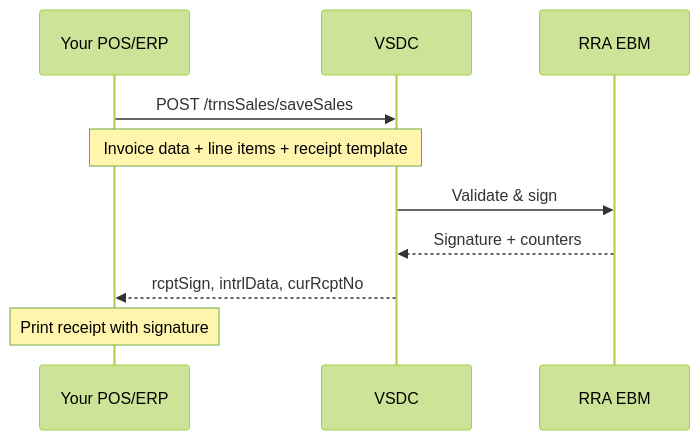
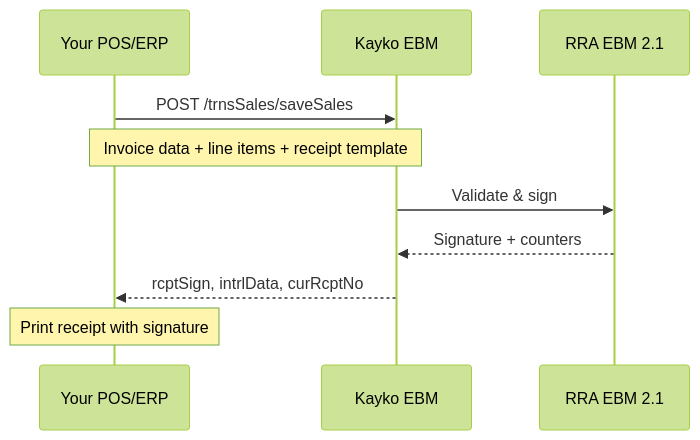
Before and after one commit to kaykorw/ebm_thirdparty_docs: the diagram in workflows/sales-invoice.mdx, drawn with Mermaid (forest theme). The commit also changed other lines of this file and 34 other files, not shown here.

Commit message:
Refactor API documentation to reflect the transition from VSDC to Kayko EBM, including updates to environment variables, endpoint references, and removal of the glossary. Adjusted descriptions and examples across multiple files for consistency and clarity.

````diff
--- a/workflows/sales-invoice.mdx
+++ b/workflows/sales-invoice.mdx
@@ -10,13 +10,13 @@
 ```mermaid
 sequenceDiagram
     participant POS as Your POS/ERP
-    participant VSDC
-    participant RRA as RRA EBM
+    participant EBM as Kayko EBM
+    participant RRA as RRA EBM 2.1
 
-    POS->>VSDC: POST /trnsSales/saveSales
-    Note over POS,VSDC: Invoice data + line items + receipt template
-    VSDC->>RRA: Validate & sign
-    RRA-->>VSDC: Signature + counters
-    VSDC-->>POS: rcptSign, intrlData, curRcptNo
+    POS->>EBM: POST /trnsSales/saveSales
+    Note over POS,EBM: Invoice data + line items + receipt template
+    EBM->>RRA: Validate & sign
+    RRA-->>EBM: Signature + counters
+    EBM-->>POS: rcptSign, intrlData, curRcptNo
     Note over POS: Print receipt with signature
 ```
````
